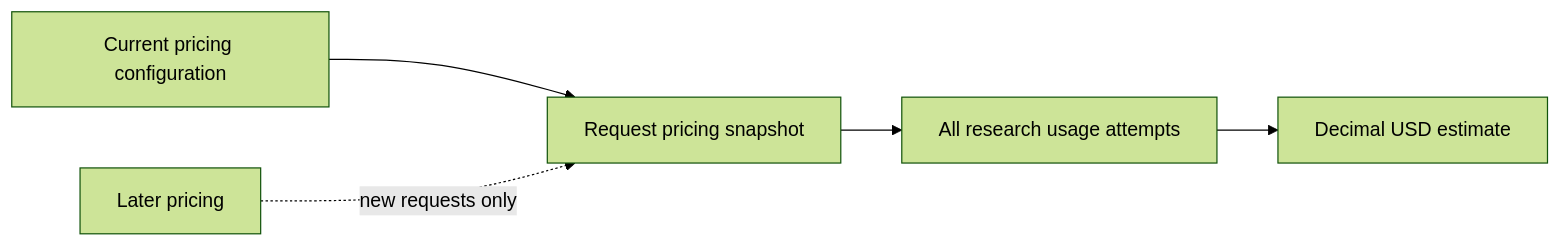
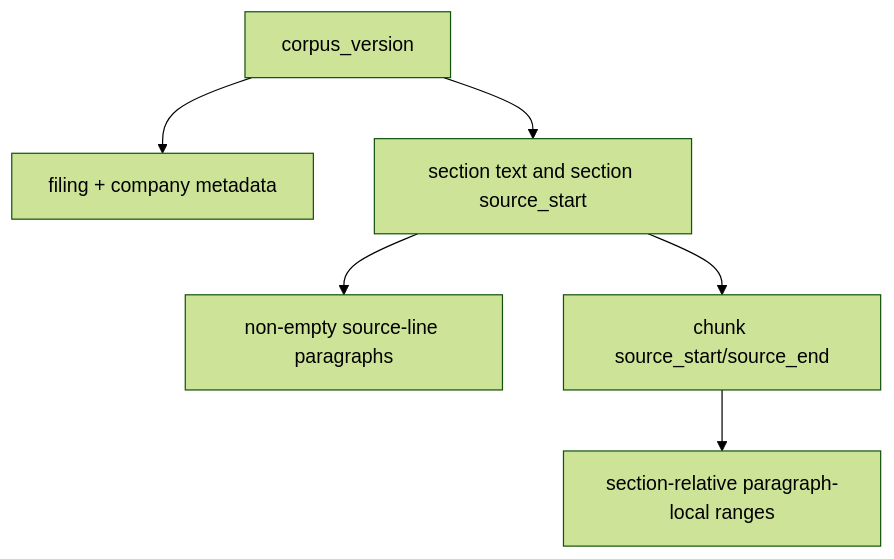
Before and after one commit to hongchit/sec-filing-rag-poc: the second of 2 diagrams in docs/database-schema.md, drawn with Mermaid (forest theme). The commit also changed other lines of this file and 38 other files, not shown here.

````diff
--- a/docs/database-schema.md
+++ b/docs/database-schema.md
@@ -10,6 +104,8 @@
 ```mermaid
-flowchart LR
-  C[Current pricing configuration] --> S[Request pricing snapshot]
-  S --> U[All research usage attempts] --> E[Decimal USD estimate]
-  C2[Later pricing] -. new requests only .-> S
+flowchart TD
+  CV[corpus_version] --> F[filing + company metadata]
+  CV --> S[section text and section source_start]
+  S --> P[non-empty source-line paragraphs]
+  S --> C[chunk source_start/source_end]
+  C --> H[section-relative paragraph-local ranges]
 ```
````
